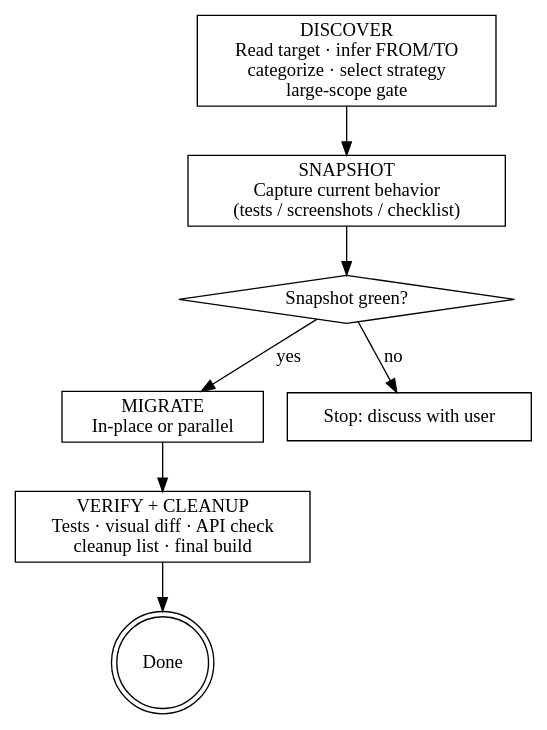
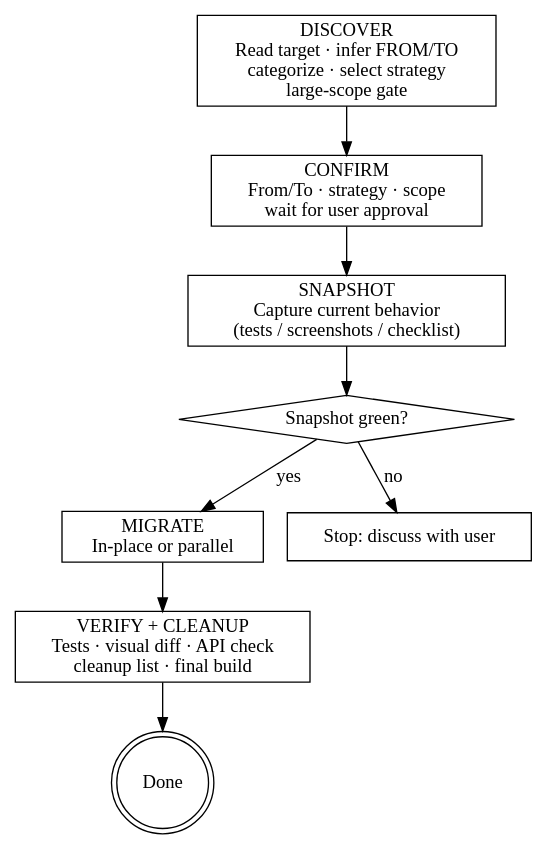
One commit to kirich1409/krozov-ai-tools changed the diagram in plugins/developer-workflow/skills/code-migration/SKILL.md. Above: the diagram before and after it, drawn with Graphviz. The commit also changed other lines of this file and 1 other file, not shown here.

````diff
--- a/plugins/developer-workflow/skills/code-migration/SKILL.md
+++ b/plugins/developer-workflow/skills/code-migration/SKILL.md
@@ -22,19 +16,21 @@
 ```dot
 digraph code_migration {
     rankdir=TB;
     node [shape=box];
     discover [label="DISCOVER\nRead target · infer FROM/TO\ncategorize · select strategy\nlarge-scope gate"];
+    confirm [label="CONFIRM\nFrom/To · strategy · scope\nwait for user approval"];
     snapshot [label="SNAPSHOT\nCapture current behavior\n(tests / screenshots / checklist)"];
     snapshot_green [label="Snapshot green?", shape=diamond];
     migrate [label="MIGRATE\nIn-place or parallel"];
     verify [label="VERIFY + CLEANUP\nTests · visual diff · API check\ncleanup list · final build"];
     done [label="Done", shape=doublecircle];
     stop_discuss [label="Stop: discuss with user"];
-    discover -> snapshot;
+    discover -> confirm;
+    confirm -> snapshot;
     snapshot -> snapshot_green;
     snapshot_green -> migrate [label="yes"];
     snapshot_green -> stop_discuss [label="no"];
     migrate -> verify;
     verify -> done;
 }
 ```
````
